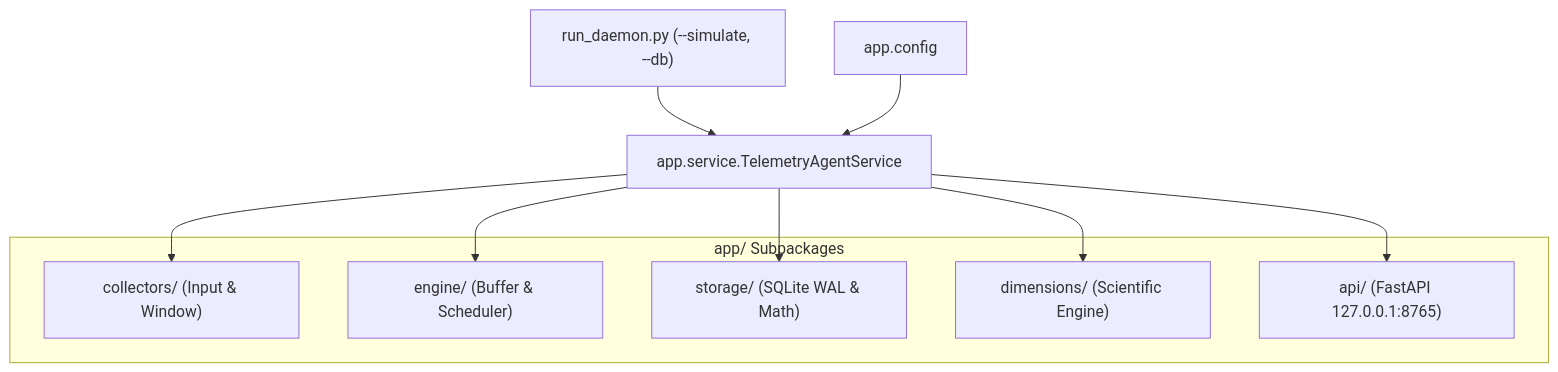
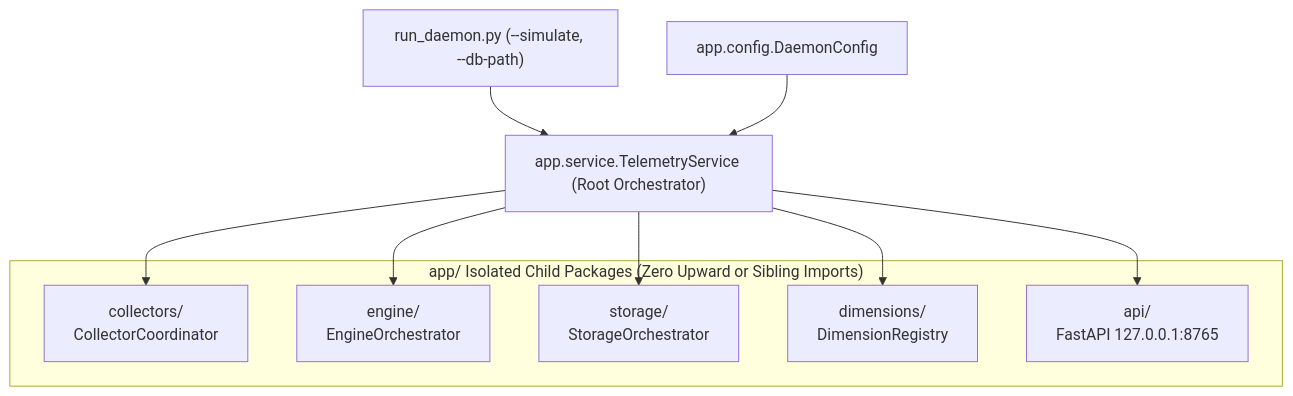
One commit to DevelopingPontus/Microservice-egg changed the diagram in local/agent/app/AGENTS.md. Above: the diagram before and after it, drawn with Mermaid. The commit also changed other lines of this file and 28 other files, not shown here.

Commit message:
refactor(architecture): enforce zero-upward/sibling folder isolation and add folder orchestrators

````diff
--- a/local/agent/app/AGENTS.md
+++ b/local/agent/app/AGENTS.md
@@ -36,19 +36,19 @@
 ```mermaid
 flowchart TD
-    CLI["run_daemon.py (--simulate, --db)"] --> SVC["app.service.TelemetryAgentService"]
-    CFG["app.config"] --> SVC
+    CLI["run_daemon.py (--simulate, --db-path)"] --> SVC["app.service.TelemetryService (Root Orchestrator)"]
+    CFG["app.config.DaemonConfig"] --> SVC
 
-    subgraph Subpackages["app/ Subpackages"]
-        COL["collectors/ (Input & Window)"]
-        ENG["engine/ (Buffer & Scheduler)"]
-        STO["storage/ (SQLite WAL & Math)"]
-        DIM["dimensions/ (Scientific Engine)"]
-        API["api/ (FastAPI 127.0.0.1:8765)"]
+    subgraph Subpackages["app/ Isolated Child Packages (Zero Upward or Sibling Imports)"]
+        COL["collectors/<br/>CollectorCoordinator"]
+        ENG["engine/<br/>EngineOrchestrator"]
+        STO["storage/<br/>StorageOrchestrator"]
+        DIM["dimensions/<br/>DimensionRegistry"]
+        API["api/<br/>FastAPI 127.0.0.1:8765"]
     end
 
     SVC --> STO
     SVC --> ENG
     SVC --> COL
     SVC --> DIM
     SVC --> API
 ```
````
